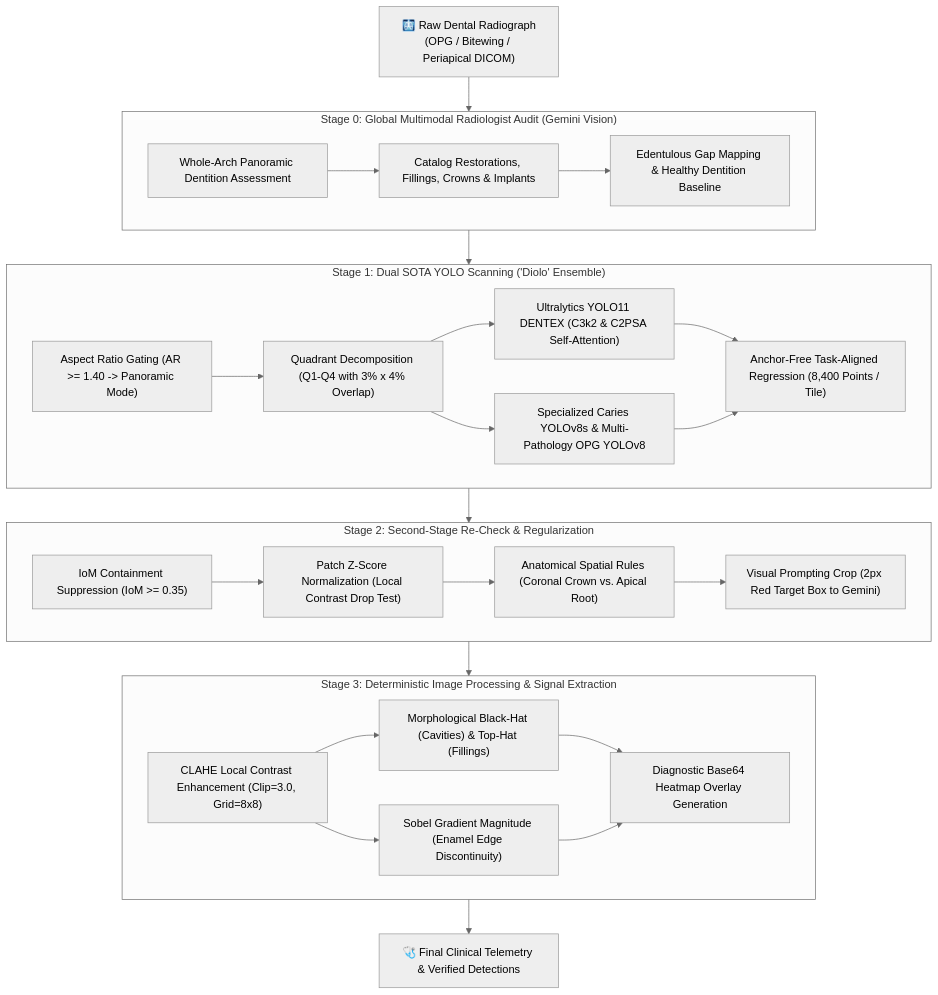
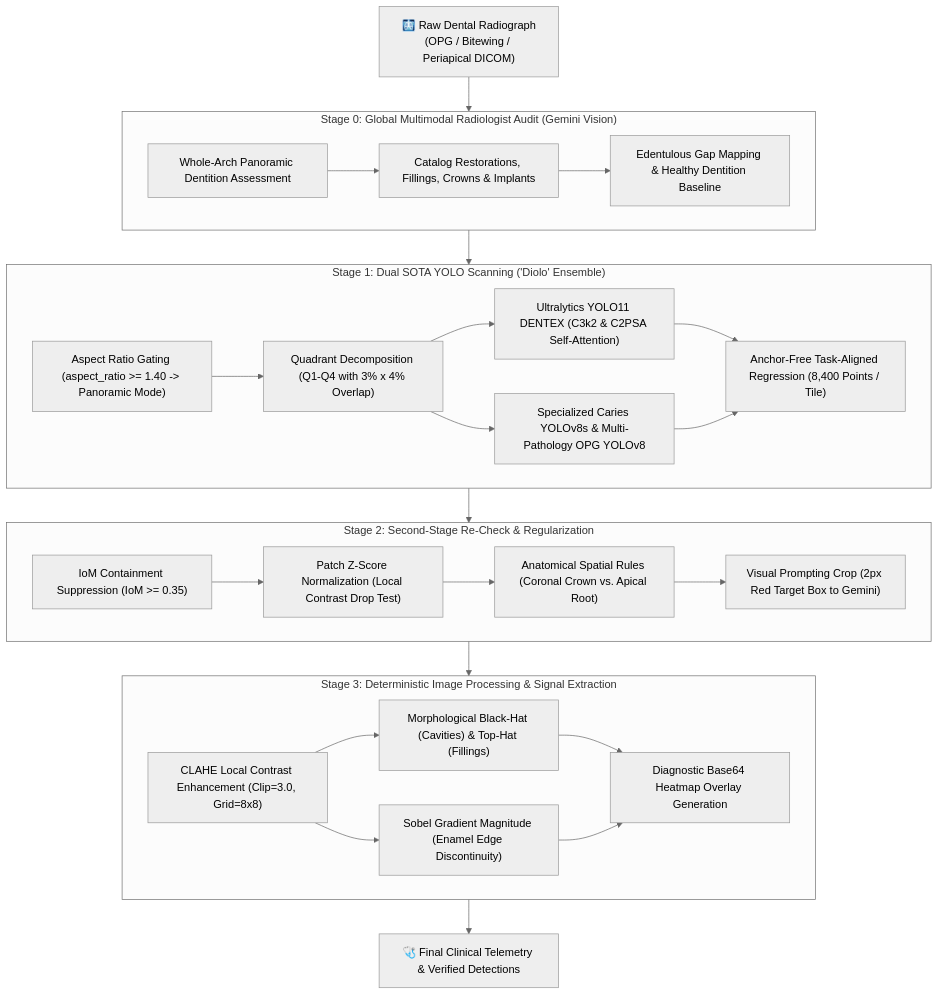
One commit to yousiff139-lang/Dental-OPG-SOTA-Architecture changed the third of 5 diagrams in README.md. Above: the diagram before and after it, drawn with Mermaid (neutral theme). The commit also changed other lines of this file, not shown here.

````diff
--- a/README.md
+++ b/README.md
@@ -105,41 +105,41 @@
 ```mermaid
 flowchart TD
     Raw["🩻 Raw Dental Radiograph<br/>(OPG / Bitewing / Periapical DICOM)"] --> S0
 
     subgraph S0["Stage 0: Global Multimodal Radiologist Audit (Gemini Vision)"]
         A1["Whole-Arch Panoramic Dentition Assessment"]
         A2["Catalog Restorations, Fillings, Crowns & Implants"]
         A3["Edentulous Gap Mapping & Healthy Dentition Baseline"]
         A1 --> A2 --> A3
     end
 
     subgraph S1["Stage 1: Dual SOTA YOLO Scanning ('Diolo' Ensemble)"]
-        D1["Aspect Ratio Gating (AR >= 1.40 -> Panoramic Mode)"]
+        D1["Aspect Ratio Gating (aspect_ratio >= 1.40 -> Panoramic Mode)"]
         D2["Quadrant Decomposition (Q1-Q4 with 3% x 4% Overlap)"]
         D3["Ultralytics YOLO11 DENTEX (C3k2 & C2PSA Self-Attention)"]
         D4["Specialized Caries YOLOv8s & Multi-Pathology OPG YOLOv8"]
         D5["Anchor-Free Task-Aligned Regression (8,400 Points / Tile)"]
         D1 --> D2 --> D3 & D4 --> D5
     end
 
     subgraph S2["Stage 2: Second-Stage Re-Check & Regularization"]
         R1["IoM Containment Suppression (IoM >= 0.35)"]
         R2["Patch Z-Score Normalization (Local Contrast Drop Test)"]
         R3["Anatomical Spatial Rules (Coronal Crown vs. Apical Root)"]
         R4["Visual Prompting Crop (2px Red Target Box to Gemini)"]
         R1 --> R2 --> R3 --> R4
     end
 
     subgraph S3["Stage 3: Deterministic Image Processing & Signal Extraction"]
         C1["CLAHE Local Contrast Enhancement (Clip=3.0, Grid=8x8)"]
         C2["Morphological Black-Hat (Cavities) & Top-Hat (Fillings)"]
         C3["Sobel Gradient Magnitude (Enamel Edge Discontinuity)"]
         C4["Diagnostic Base64 Heatmap Overlay Generation"]
         C1 --> C2 & C3 --> C4
     end
 
     S0 --> S1
     S1 --> S2
     S2 --> S3
     S3 --> Output["🩺 Final Clinical Telemetry & Verified Detections"]
 ```
````
